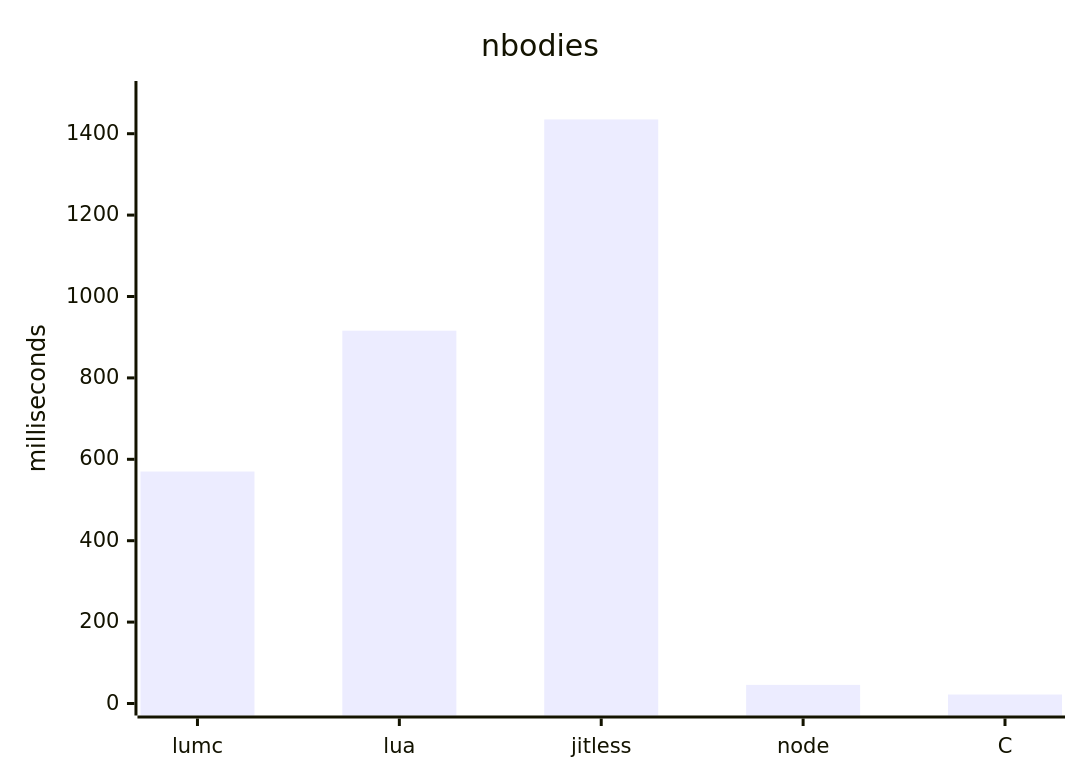
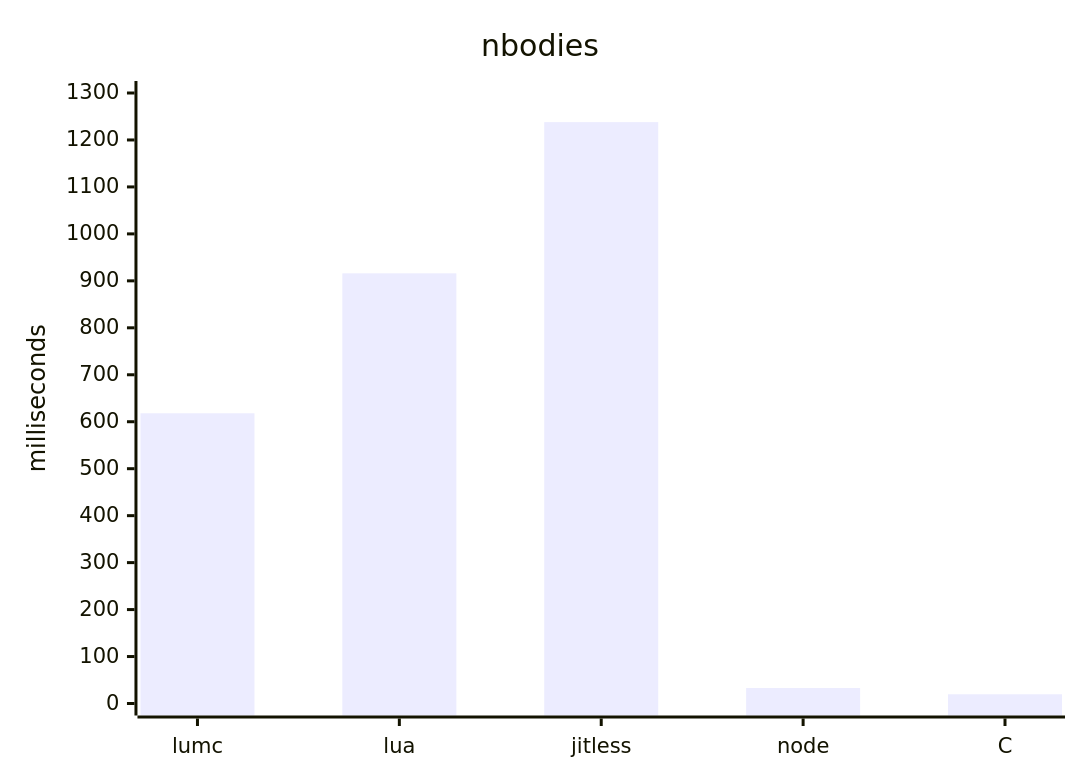
Before and after one commit to nem0/LumixEngine: the fourth of 4 diagrams in external/lumscript/benchmarks/results.md, drawn with Mermaid. The commit also changed other lines of this file and 2 other files, not shown here.

````diff
--- a/external/lumscript/benchmarks/results.md
+++ b/external/lumscript/benchmarks/results.md
@@ -85,7 +85,7 @@
 ```mermaid
 xychart-beta
     title "nbodies"
     x-axis [lumc, lua, jitless, node, C]
-    y-axis "milliseconds" 0 --> 1500
-    bar [570, 916, 1435, 45.8, 22.0]
+    y-axis "milliseconds" 0 --> 1300
+    bar [618, 916, 1238, 33.0, 19.6]
 ```
````
